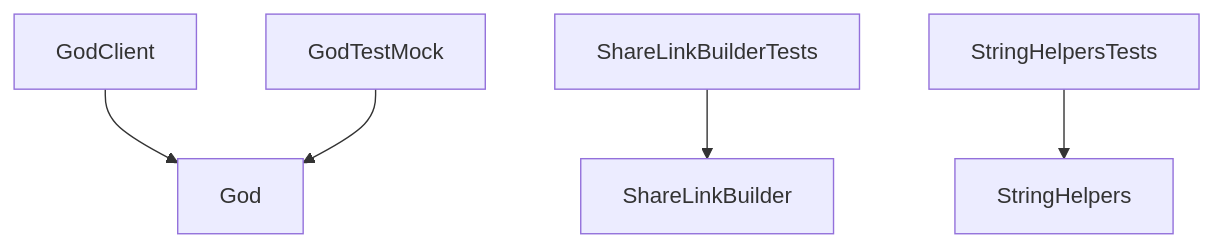
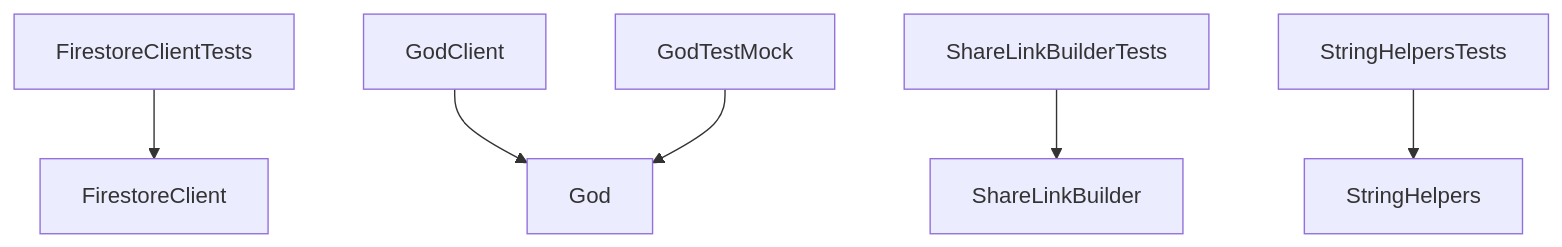
One commit to 0x1-company/god-ios changed the diagram in Packages/DependencyPackage/README.md. Above: the diagram before and after it, drawn with Mermaid.

Commit message:
chore: 🤖 dgraph

````diff
--- a/Packages/DependencyPackage/README.md
+++ b/Packages/DependencyPackage/README.md
@@ -6,7 +6,8 @@
 ```mermaid
 graph TD;
+    FirestoreClientTests-->FirestoreClient;
     GodClient-->God;
     GodTestMock-->God;
     ShareLinkBuilderTests-->ShareLinkBuilder;
     StringHelpersTests-->StringHelpers;
 ```
````
